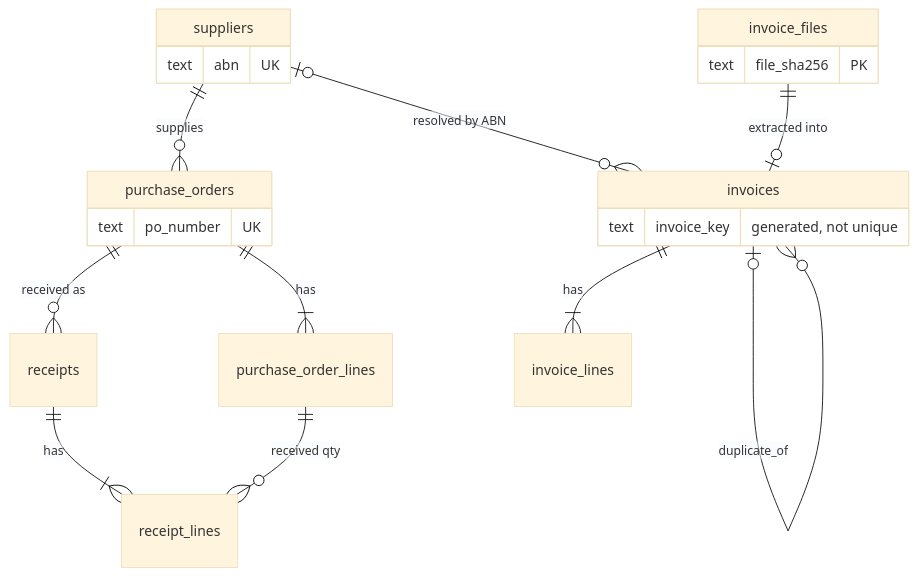
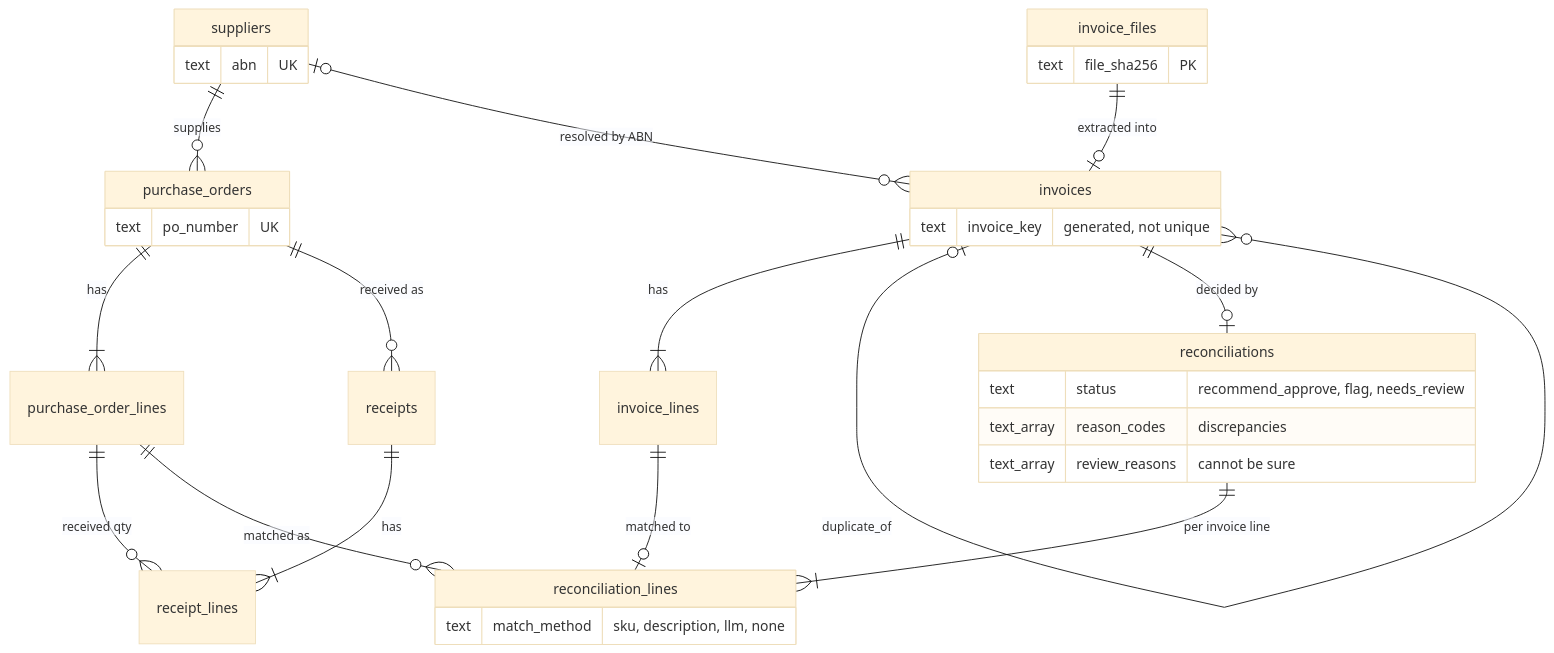
One commit to DhruvGandhi31/Hotel-Ops-agent changed the second of 4 diagrams in docs/architecture.md. Above: the diagram before and after it, drawn with Mermaid (base theme). The commit also changed other lines of this file and 35 other files, not shown here.

````diff
--- a/docs/architecture.md
+++ b/docs/architecture.md
@@ -107,25 +107,37 @@
 ```mermaid
 erDiagram
   suppliers ||--o{ purchase_orders : "supplies"
   purchase_orders ||--|{ purchase_order_lines : "has"
   purchase_orders ||--o{ receipts : "received as"
   receipts ||--|{ receipt_lines : "has"
   purchase_order_lines ||--o{ receipt_lines : "received qty"
   suppliers |o--o{ invoices : "resolved by ABN"
   invoice_files ||--o| invoices : "extracted into"
   invoices ||--|{ invoice_lines : "has"
   invoices |o--o{ invoices : "duplicate_of"
+  invoices ||--o| reconciliations : "decided by"
+  reconciliations ||--|{ reconciliation_lines : "per invoice line"
+  invoice_lines ||--o| reconciliation_lines : "matched to"
+  purchase_order_lines ||--o{ reconciliation_lines : "matched as"
 
   suppliers {
     text abn UK
   }
   purchase_orders {
     text po_number UK
   }
   invoice_files {
     text file_sha256 PK
   }
   invoices {
     text invoice_key "generated, not unique"
   }
+  reconciliations {
+    text status "recommend_approve, flag, needs_review"
+    text_array reason_codes "discrepancies"
+    text_array review_reasons "cannot be sure"
+  }
+  reconciliation_lines {
+    text match_method "sku, description, llm, none"
+  }
 ```
````
